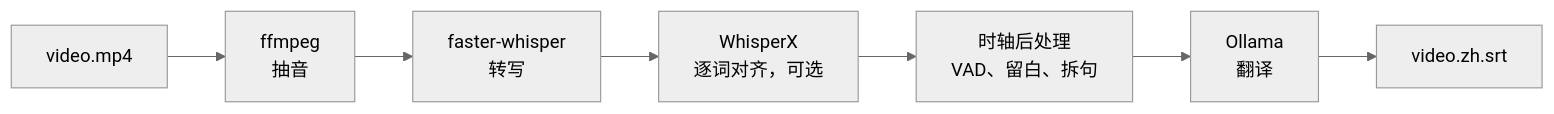
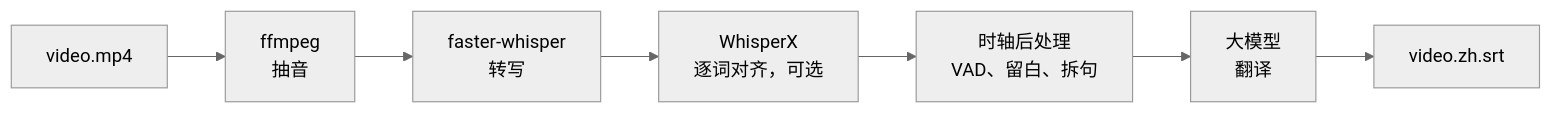
The diagram in README.zh-CN.md (Lynthar/subtitle-forge), drawn with Mermaid (neutral theme) before and after one commit. The commit also changed other lines of this file and 22 other files, not shown here.

````diff
--- a/README.zh-CN.md
+++ b/README.zh-CN.md
@@ -14,4 +14,4 @@
 ```mermaid
 flowchart LR
-    V[video.mp4] --> F[ffmpeg<br>抽音] --> W[faster-whisper<br>转写] --> X[WhisperX<br>逐词对齐，可选] --> T[时轴后处理<br>VAD、留白、拆句] --> O[Ollama<br>翻译] --> S[video.zh.srt]
+    V[video.mp4] --> F[ffmpeg<br>抽音] --> W[faster-whisper<br>转写] --> X[WhisperX<br>逐词对齐，可选] --> T[时轴后处理<br>VAD、留白、拆句] --> O[大模型<br>翻译] --> S[video.zh.srt]
 ```
````
